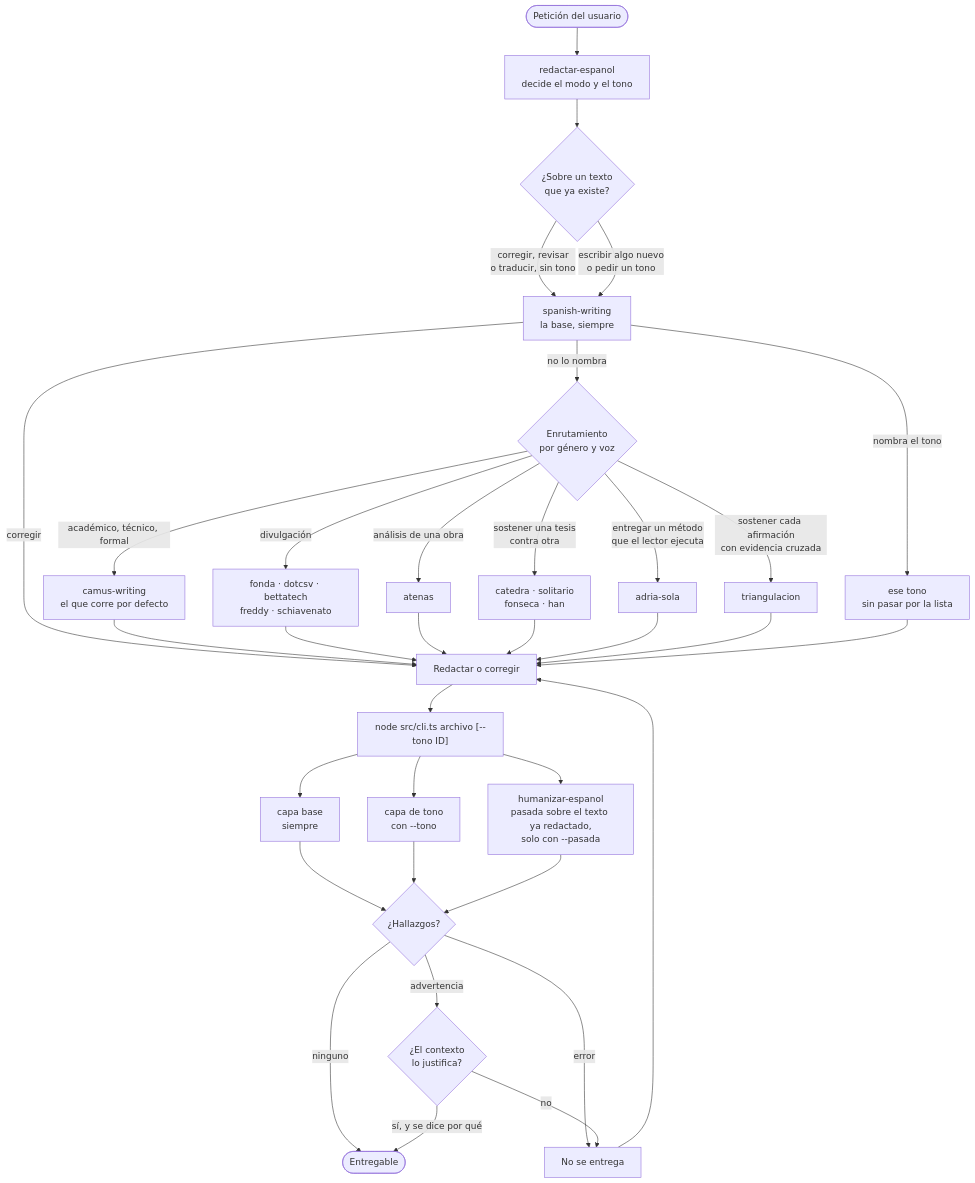
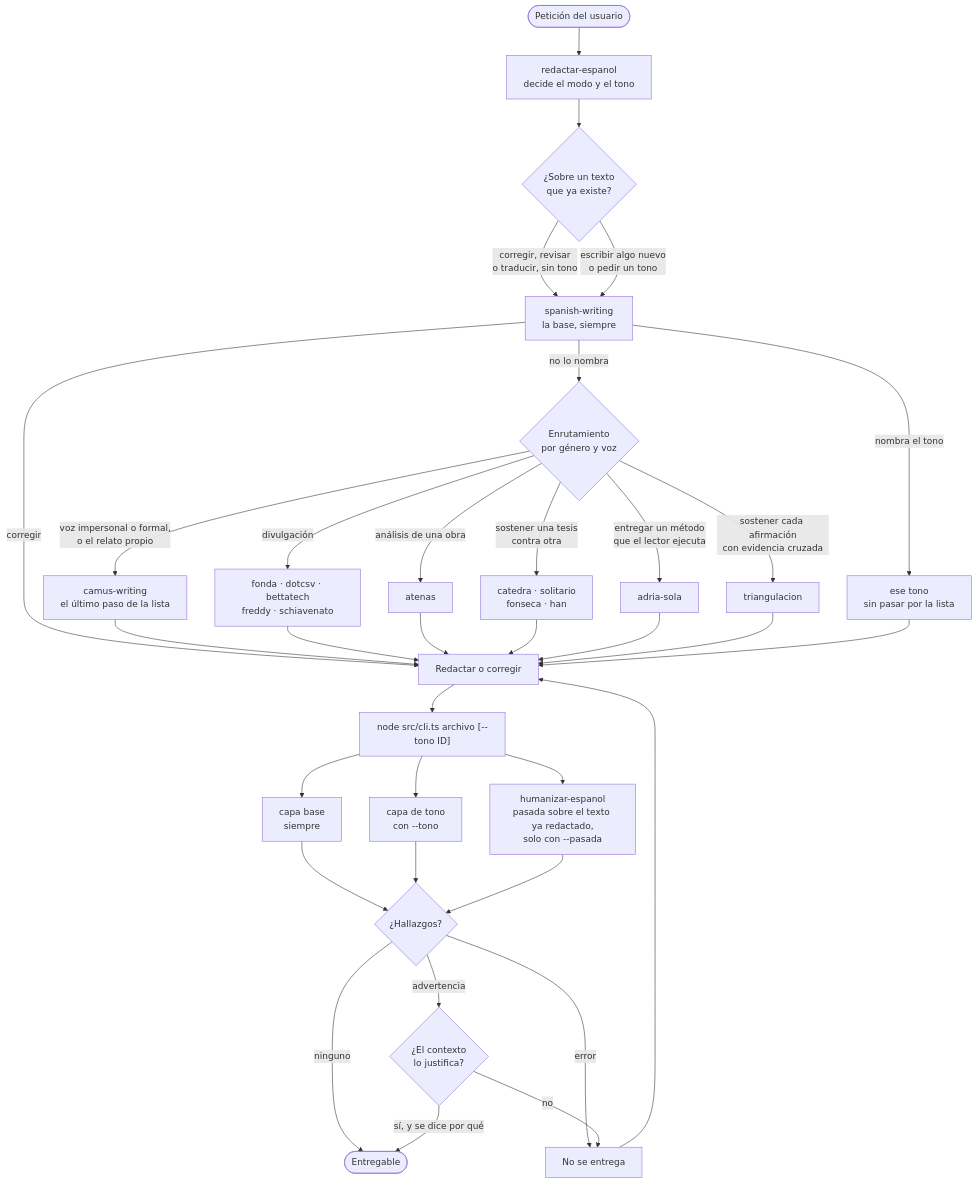
One commit to diegnghtmr/writing-harness changed the first of 5 diagrams in README.md. Above: the diagram before and after it, drawn with Mermaid. The commit also changed other lines of this file and 16 other files, not shown here.

First line of the commit message:
fix(skills): ningun tono se presenta como el tono por defecto

````diff
--- a/README.md
+++ b/README.md
@@ -28,42 +28,42 @@
 ```mermaid
 flowchart TD
     U(["Petición del usuario"]) --> EN["redactar-espanol<br/>decide el modo y el tono"]
     EN --> Q0{"¿Sobre un texto<br/>que ya existe?"}
 
     Q0 -->|"corregir, revisar<br/>o traducir, sin tono"| B["spanish-writing<br/>la base, siempre"]
     Q0 -->|"escribir algo nuevo<br/>o pedir un tono"| B
 
     B -->|"corregir"| W["Redactar o corregir"]
     B -->|"nombra el tono"| TN["ese tono<br/>sin pasar por la lista"]
     B -->|"no lo nombra"| R{"Enrutamiento<br/>por género y voz"}
-    R -->|"académico, técnico, formal"| T1["camus-writing<br/>el que corre por defecto"]
+    R -->|"voz impersonal o formal,<br/>o el relato propio"| T1["camus-writing<br/>el último paso de la lista"]
     R -->|"divulgación"| T2["fonda · dotcsv · bettatech<br/>freddy · schiavenato"]
     R -->|"análisis de una obra"| T3["atenas"]
     R -->|"sostener una tesis<br/>contra otra"| T4["catedra · solitario<br/>fonseca · han"]
     R -->|"entregar un método<br/>que el lector ejecuta"| T5["adria-sola"]
     R -->|"sostener cada afirmación<br/>con evidencia cruzada"| T6["triangulacion"]
 
     T1 --> W
     T2 --> W
     T3 --> W
     T4 --> W
     T5 --> W
     T6 --> W
     TN --> W
 
     W --> V["node src/cli.ts archivo [--tono ID]"]
     V --> C1["capa base<br/>siempre"]
     V --> C2["capa de tono<br/>con --tono"]
     V --> C3["humanizar-espanol<br/>pasada sobre el texto ya redactado,<br/>solo con --pasada"]
 
     C1 --> Q1{"¿Hallazgos?"}
     C2 --> Q1
     C3 --> Q1
 
     Q1 -->|"ninguno"| E(["Entregable"])
     Q1 -->|"error"| X["No se entrega"]
     Q1 -->|"advertencia"| Q2{"¿El contexto<br/>lo justifica?"}
     Q2 -->|"sí, y se dice por qué"| E
     Q2 -->|"no"| X
     X --> W
 ```
````
